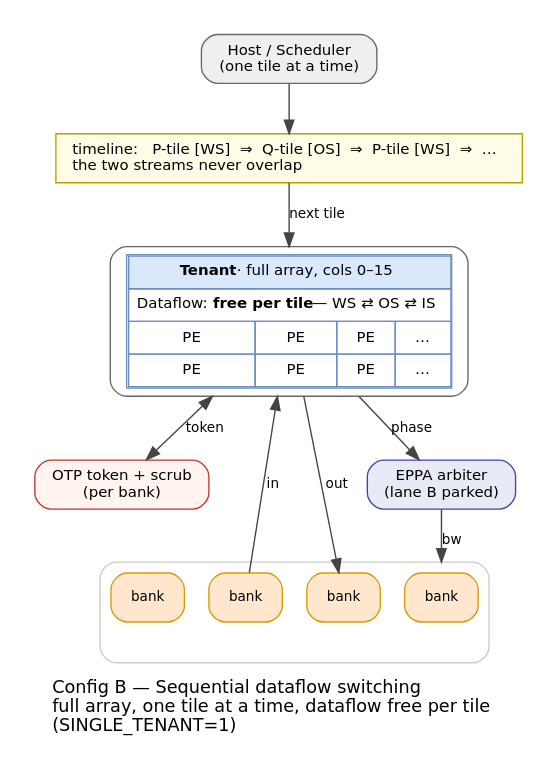
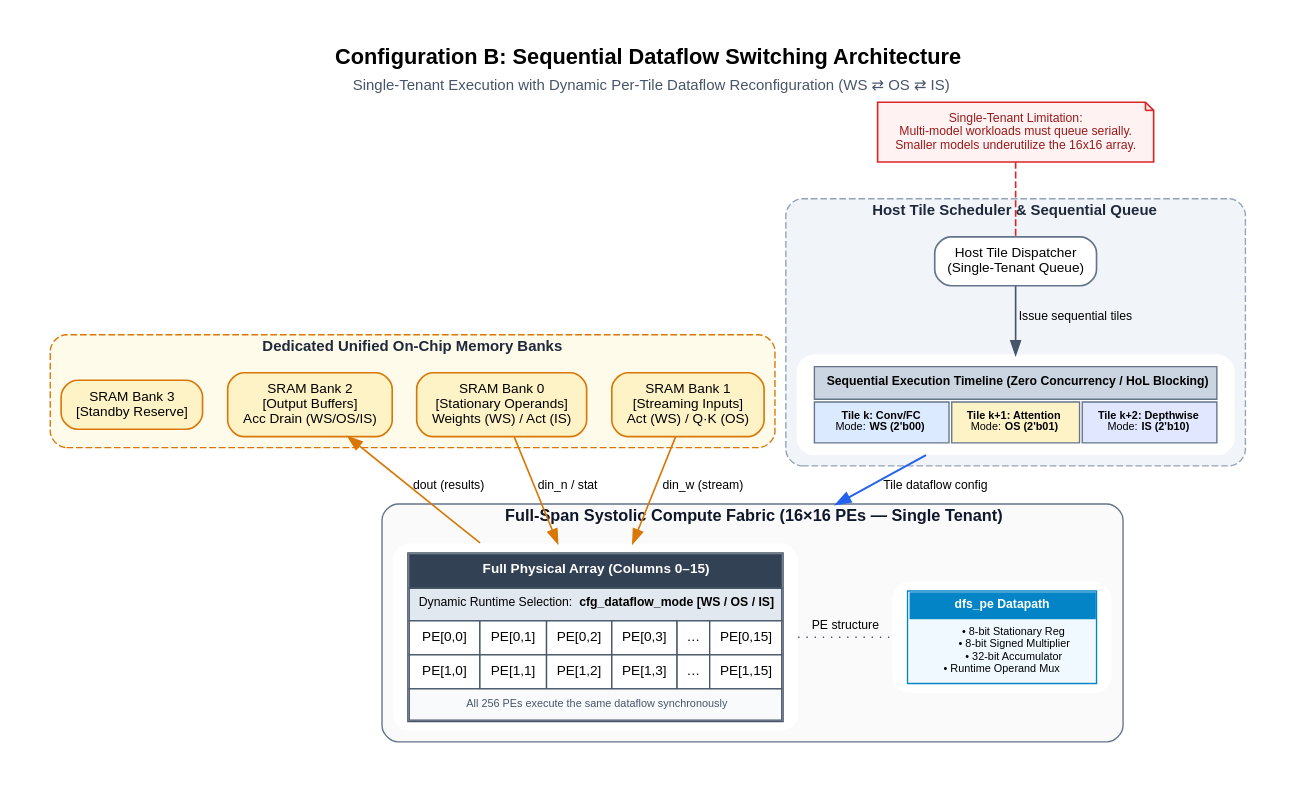
The diagram in figures/figB_seq_switch.dot (GauthamMK-0/PolyFlow-NPU), drawn with Graphviz before and after one commit. The commit also changed 11 other files, not shown here.

Commit message:
docs(figures): update architecture diagrams for PolyFlow-NPU

```diff
--- a/figures/figB_seq_switch.dot
+++ b/figures/figB_seq_switch.dot
@@ -1,47 +1,95 @@
 // figB_seq_switch.dot
-// Config B — Sequential dataflow switching (baseline): whole-array tenant, one tile at a time.
-// Render: scripts/render_figures.sh
+// Configuration B: Sequential Dataflow Switching Architecture (ReDas Baseline)
+// Render: dot -Tpng -Gdpi=160 figB_seq_switch.dot -o figB_seq_switch.png
 
-digraph CFG_B {
-  graph [fontname="DejaVu Sans", rankdir=TB, compound=true,
-         label="Config B — Sequential dataflow switching\lfull array, one tile at a time, dataflow free per tile\l(SINGLE_TENANT=1)\l",
-         labelloc=b, fontsize=13, pad=0.25];
+digraph FIG_B {
+  graph [fontname="Helvetica,Arial,sans-serif", rankdir=TB, compound=true,
+         label=<<TABLE BORDER="0" CELLBORDER="0" CELLSPACING="0">
+                 <TR><TD><FONT POINT-SIZE="16"><B>Configuration B: Sequential Dataflow Switching Architecture</B></FONT></TD></TR>
+                 <TR><TD><FONT POINT-SIZE="11" COLOR="#475569">Single-Tenant Execution with Dynamic Per-Tile Dataflow Reconfiguration (WS ⇄ OS ⇄ IS)</FONT></TD></TR>
+               </TABLE>>,
+         labelloc=t, fontsize=14, pad=0.3, bgcolor="#FFFFFF"];
 
-  node  [shape=box, style="rounded,filled", fontname="DejaVu Sans", fontsize=11,
-         fillcolor="#F5F5F5", color="#666666", margin="0.16,0.09"];
-  edge  [fontname="DejaVu Sans", fontsize=10, color="#444444"];
+  node  [shape=box, style="rounded,filled", fontname="Helvetica,Arial,sans-serif", fontsize=10,
+         fillcolor="#F8FAFC", color="#94A3B8", penwidth=1.2, margin="0.15,0.1"];
+  edge  [fontname="Helvetica,Arial,sans-serif", fontsize=9, color="#475569", penwidth=1.2];
 
-  host [label="Host / Scheduler\n(one tile at a time)", fillcolor="#EFEFEF"];
+  // ==================== HOST DISPATCH & TIMELINE ====================
+  subgraph cluster_dispatch {
+    label=<<B>Host Tile Scheduler &amp; Sequential Queue</B>>;
+    fontsize=11; fontcolor="#1E293B";
+    style="rounded,dashed"; color="#94A3B8"; bgcolor="#F1F5F9";
 
-  tl [shape=box, style="filled", fillcolor="#FFFDE7", color="#B8A000", fontsize=11,
-      label="timeline:   P-tile [WS]  ⇒  Q-tile [OS]  ⇒  P-tile [WS]  ⇒  …\lthe two streams never overlap\l"];
-  host -> tl;
+    host_ctrl [label="Host Tile Dispatcher\n(Single-Tenant Queue)", fillcolor="#FFFFFF", color="#64748B"];
 
-  regF [label=<
-    <TABLE BORDER="1" CELLBORDER="1" CELLSPACING="0" CELLPADDING="5" COLOR="#6C8EBF">
-      <TR><TD COLSPAN="4" BGCOLOR="#DAE8FC"><B>Tenant</B> · full array, cols 0–15</TD></TR>
-      <TR><TD COLSPAN="4">Dataflow: <B>free per tile</B> — WS ⇄ OS ⇄ IS</TD></TR>
-      <TR><TD>PE</TD><TD>PE</TD><TD>PE</TD><TD>…</TD></TR>
-      <TR><TD>PE</TD><TD>PE</TD><TD>PE</TD><TD>…</TD></TR>
-    </TABLE>>, fillcolor="#FFFFFF"];
+    timeline [label=<
+      <TABLE BORDER="0" CELLBORDER="1" CELLSPACING="2" CELLPADDING="6" COLOR="#64748B">
+        <TR><TD COLSPAN="3" BGCOLOR="#CBD5E1"><FONT POINT-SIZE="9"><B>Sequential Execution Timeline (Zero Concurrency / HoL Blocking)</B></FONT></TD></TR>
+        <TR>
+          <TD BGCOLOR="#DBEAFE"><FONT POINT-SIZE="8"><B>Tile k: Conv/FC</B><BR/>Mode: <B>WS (2'b00)</B></FONT></TD>
+          <TD BGCOLOR="#FEF3C7"><FONT POINT-SIZE="8"><B>Tile k+1: Attention</B><BR/>Mode: <B>OS (2'b01)</B></FONT></TD>
+          <TD BGCOLOR="#E0E7FF"><FONT POINT-SIZE="8"><B>Tile k+2: Depthwise</B><BR/>Mode: <B>IS (2'b10)</B></FONT></TD>
+        </TR>
+      </TABLE>>, fillcolor="#FFFFFF", shape=plaintext];
 
-  tl -> regF [label="next tile"];
-
-  safety [label="OTP token + scrub\n(per bank)", fillcolor="#FFF4F0", color="#C0392B"];
-  regF -> safety [dir=both, label="token"];
-
-  subgraph cluster_banks {
-    label=" "; style="rounded"; color="#CCCCCC";
-    b0 [label="bank",           fillcolor="#FFE6CC", color="#D79B00", fontsize=10];
-    b1 [label="bank",           fillcolor="#FFE6CC", color="#D79B00", fontsize=10];
-    b2 [label="bank",           fillcolor="#FFE6CC", color="#D79B00", fontsize=10];
-    b3 [label="bank",           fillcolor="#FFE6CC", color="#D79B00", fontsize=10];
+    host_ctrl -> timeline [label=" Issue sequential tiles"];
   }
 
-  regF -> b1 [dir=back, label="in", weight=2];
-  regF -> b2 [label="out", weight=2];
+  // ==================== COMPUTE FABRIC ====================
+  subgraph cluster_compute {
+    label=<<B>Full-Span Systolic Compute Fabric (16×16 PEs — Single Tenant)</B>>;
+    fontsize=12; fontcolor="#0F172A";
+    style="rounded"; color="#64748B"; bgcolor="#FAFAFA";
 
-  eppa [label="EPPA arbiter\n(lane B parked)", fillcolor="#E8EAF6", color="#3949AB"];
-  regF -> eppa [label="phase"];
-  eppa -> b0 [lhead=cluster_banks, label="bw"];
+    full_array [label=<
+      <TABLE BORDER="1" CELLBORDER="1" CELLSPACING="0" CELLPADDING="6" COLOR="#475569">
+        <TR><TD COLSPAN="6" BGCOLOR="#334155"><FONT COLOR="#FFFFFF" POINT-SIZE="10"><B>Full Physical Array (Columns 0–15)</B></FONT></TD></TR>
+        <TR><TD COLSPAN="6" BGCOLOR="#E2E8F0"><FONT POINT-SIZE="9">Dynamic Runtime Selection: <B>cfg_dataflow_mode [WS / OS / IS]</B></FONT></TD></TR>
+        <TR>
+          <TD BGCOLOR="#FFFFFF">PE[0,0]</TD><TD BGCOLOR="#FFFFFF">PE[0,1]</TD><TD BGCOLOR="#FFFFFF">PE[0,2]</TD>
+          <TD BGCOLOR="#FFFFFF">PE[0,3]</TD><TD BGCOLOR="#FFFFFF">…</TD><TD BGCOLOR="#FFFFFF">PE[0,15]</TD>
+        </TR>
+        <TR>
+          <TD BGCOLOR="#FFFFFF">PE[1,0]</TD><TD BGCOLOR="#FFFFFF">PE[1,1]</TD><TD BGCOLOR="#FFFFFF">PE[1,2]</TD>
+          <TD BGCOLOR="#FFFFFF">PE[1,3]</TD><TD BGCOLOR="#FFFFFF">…</TD><TD BGCOLOR="#FFFFFF">PE[1,15]</TD>
+        </TR>
+        <TR><TD COLSPAN="6" BGCOLOR="#F8FAFC"><FONT POINT-SIZE="8" COLOR="#475569">All 256 PEs execute the same dataflow synchronously</FONT></TD></TR>
+      </TABLE>>, fillcolor="#FFFFFF", shape=plaintext];
+
+    pe_detail [label=<
+      <TABLE BORDER="1" CELLBORDER="0" CELLSPACING="0" CELLPADDING="5" COLOR="#0284C7">
+        <TR><TD COLSPAN="2" BGCOLOR="#0284C7"><FONT COLOR="#FFFFFF" POINT-SIZE="9"><B>dfs_pe Datapath</B></FONT></TD></TR>
+        <TR><TD BGCOLOR="#F0F9FF" ALIGN="LEFT"><FONT POINT-SIZE="8">
+          • 8-bit Stationary Reg<BR/>
+          • 8-bit Signed Multiplier<BR/>
+          • 32-bit Accumulator<BR/>
+          • Runtime Operand Mux
+        </FONT></TD></TR>
+      </TABLE>>, fillcolor="#FFFFFF", shape=plaintext];
+
+    {rank=same; full_array; pe_detail;}
+  }
+
+  timeline -> full_array [label=" Tile dataflow config", lhead=cluster_compute, color="#2563EB", penwidth=1.5];
+  full_array -> pe_detail [style=dotted, label=" PE structure", arrowhead=none];
+
+  // ==================== UNIFIED MEMORY SUBSYSTEM ====================
+  subgraph cluster_memory {
+    label=<<B>Dedicated Unified On-Chip Memory Banks</B>>;
+    fontsize=11; fontcolor="#1E293B";
+    style="rounded,dashed"; color="#D97706"; bgcolor="#FFFBEB";
+
+    mb0 [label="SRAM Bank 0\n[Stationary Operands]\nWeights (WS) / Act (IS)", fillcolor="#FEF3C7", color="#D97706"];
+    mb1 [label="SRAM Bank 1\n[Streaming Inputs]\nAct (WS) / Q·K (OS)", fillcolor="#FEF3C7", color="#D97706"];
+    mb2 [label="SRAM Bank 2\n[Output Buffers]\nAcc Drain (WS/OS/IS)", fillcolor="#FEF3C7", color="#D97706"];
+    mb3 [label="SRAM Bank 3\n[Standby Reserve]", fillcolor="#FEF3C7", color="#D97706"];
+  }
+
+  mb0 -> full_array [label=" din_n / stat", color="#D97706"];
+  mb1 -> full_array [label=" din_w (stream)", color="#D97706"];
+  full_array -> mb2 [label=" dout (results)", color="#D97706"];
+
+  note_limitation [label="Single-Tenant Limitation:\nMulti-model workloads must queue serially.\nSmaller models underutilize the 16x16 array.",
+                   shape=note, fillcolor="#FEF2F2", color="#DC2626", fontcolor="#991B1B", fontsize=9];
+  note_limitation -> host_ctrl [style=dashed, arrowhead=none, color="#DC2626"];
 }
```
